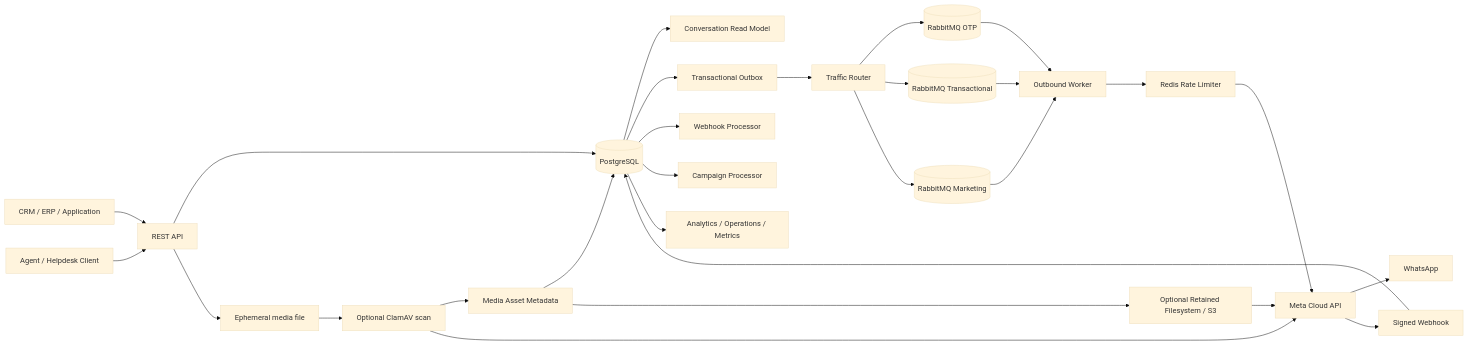
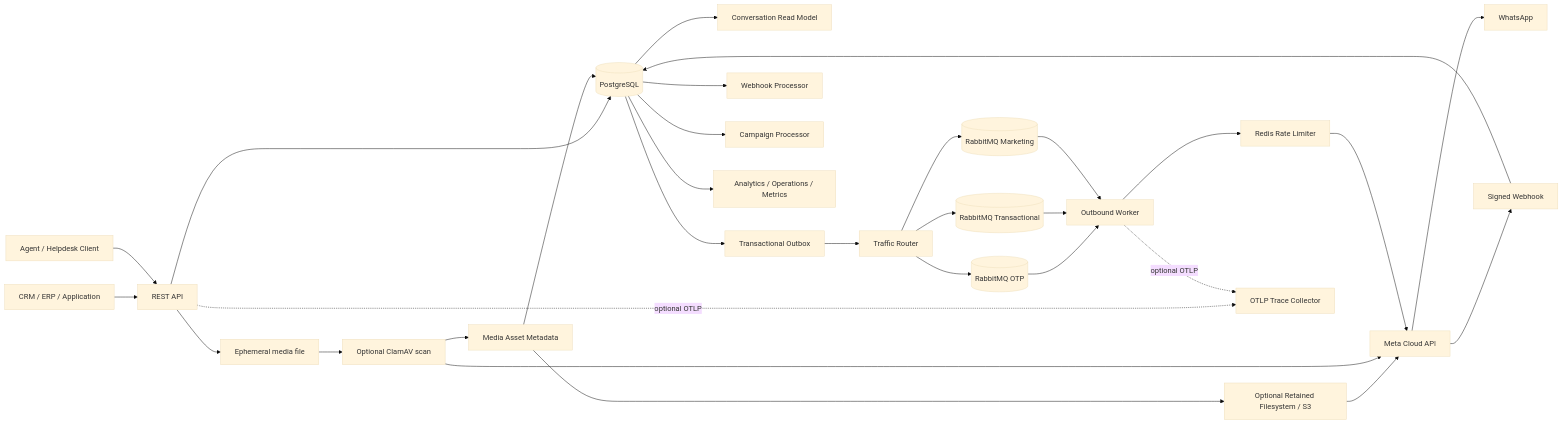
The diagram in README.md (netctc/apiWhatsApp), drawn with Mermaid (base theme) before and after one commit. The commit also changed other lines of this file, not shown here.

Commit message:
docs: expose optional OTLP tracing capability

````diff
--- a/README.md
+++ b/README.md
@@ -42,30 +42,32 @@
 ```mermaid
 flowchart LR
     Client[CRM / ERP / Application] --> API[REST API]
     Agent[Agent / Helpdesk Client] --> API
     API --> DB[(PostgreSQL)]
     API --> Temp[Ephemeral media file]
     Temp --> Scan[Optional ClamAV scan]
     Scan --> MediaRegistry[Media Asset Metadata]
     MediaRegistry --> DB
     MediaRegistry --> Store[Optional Retained Filesystem / S3]
     Store --> Meta[Meta Cloud API]
     Scan --> Meta
     DB --> Inbox[Conversation Read Model]
     DB --> Outbox[Transactional Outbox]
     Outbox --> Router[Traffic Router]
     Router --> OTP[(RabbitMQ OTP)]
     Router --> TX[(RabbitMQ Transactional)]
     Router --> MKT[(RabbitMQ Marketing)]
     OTP --> Worker[Outbound Worker]
     TX --> Worker
     MKT --> Worker
     Worker --> Rate[Redis Rate Limiter]
     Rate --> Meta
+    API -. optional OTLP .-> TraceCollector[OTLP Trace Collector]
+    Worker -. optional OTLP .-> TraceCollector
     Meta --> WhatsApp[WhatsApp]
     Meta --> Webhook[Signed Webhook]
     Webhook --> DB
     DB --> WebhookProcessor[Webhook Processor]
     DB --> CampaignProcessor[Campaign Processor]
     DB --> Analytics[Analytics / Operations / Metrics]
 ```
````
